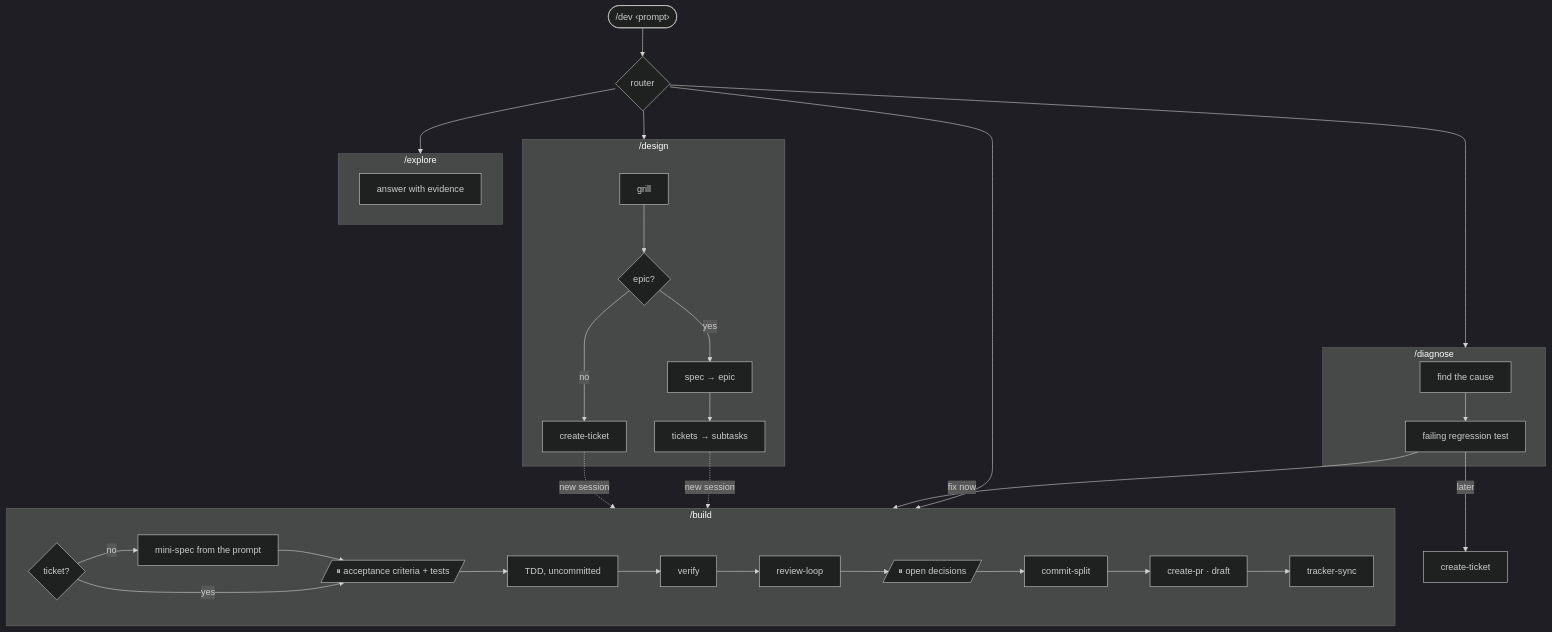
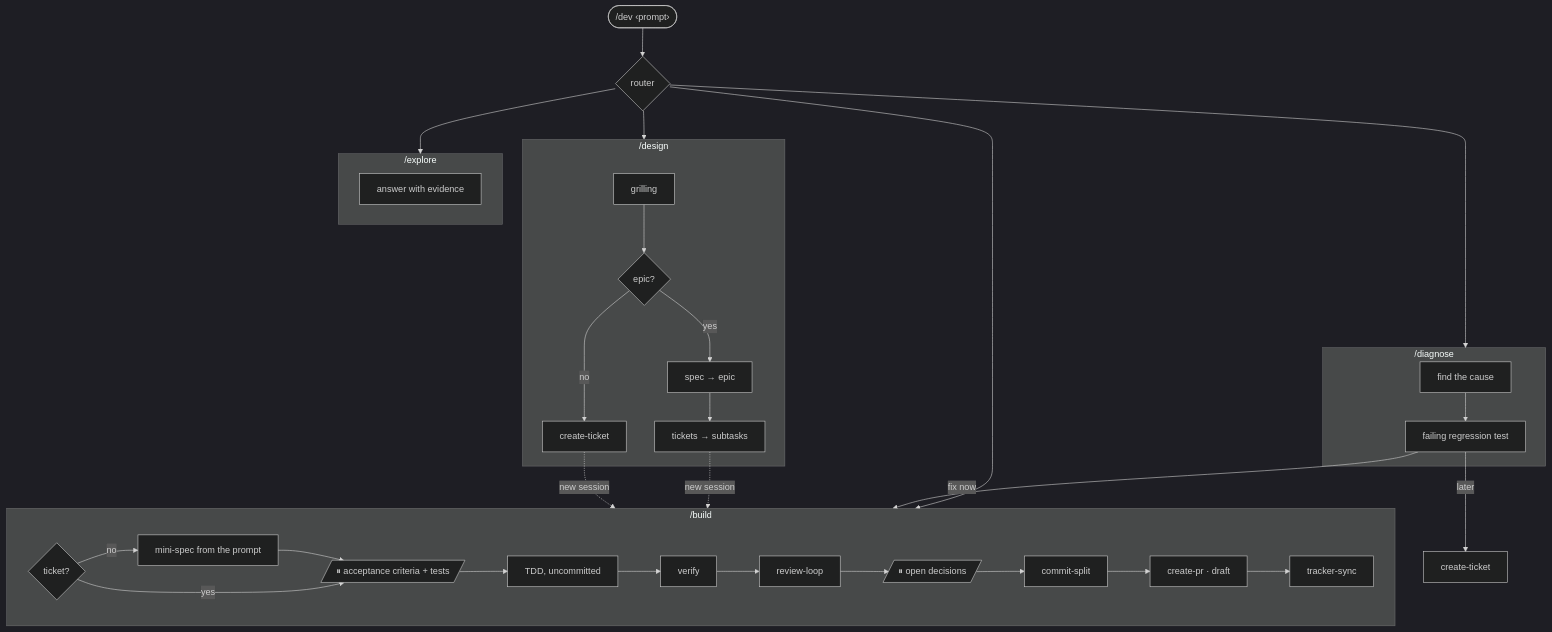
One commit to manuelcabrera1/agent-harness changed the diagram in README.md. Above: the diagram before and after it, drawn with Mermaid (dark theme). The commit also changed other lines of this file, not shown here.

Commit message:
docs: describe grilling taking the place of the original

````diff
--- a/README.md
+++ b/README.md
@@ -17,36 +17,36 @@
 ```mermaid
 flowchart TD
     P(["/dev ‹prompt›"]) --> R{router}
     R --> DS
     R --> EX
     R --> DG
     R --> BD
 
     subgraph DS ["/design"]
-      G[grill] --> SZ{epic?}
+      G[grilling] --> SZ{epic?}
       SZ -- yes --> SP[spec → epic] --> TK[tickets → subtasks]
       SZ -- no --> CT1[create-ticket]
     end
 
     subgraph EX ["/explore"]
       AN[answer with evidence]
     end
 
     subgraph DG ["/diagnose"]
       DB[find the cause] --> RP[failing regression test]
     end
 
     subgraph BD ["/build"]
       TQ{ticket?} -- no --> MS[mini-spec from the prompt] --> C1
       TQ -- yes --> C1
       C1[/"⏸ acceptance criteria + tests"/] --> IM[TDD, uncommitted]
       IM --> VF[verify] --> RL[review-loop]
       RL --> C2[/"⏸ open decisions"/]
       C2 --> CS[commit-split] --> PR[create-pr · draft] --> TS[tracker-sync]
     end
 
     RP -- fix now --> BD
     RP -- later --> CT2[create-ticket]
     TK -. new session .-> BD
     CT1 -. new session .-> BD
 ```
````
